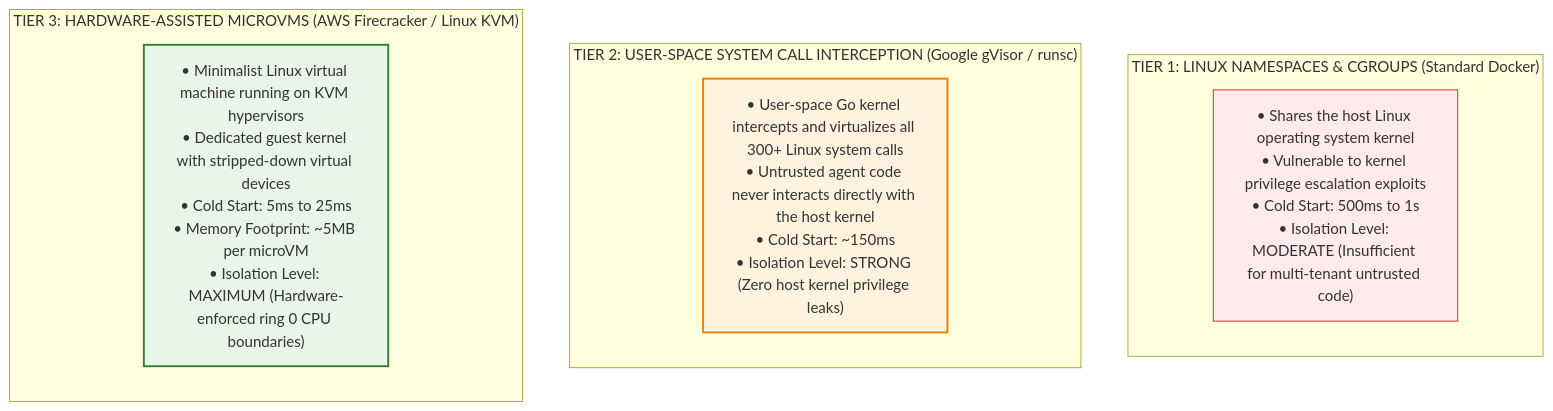
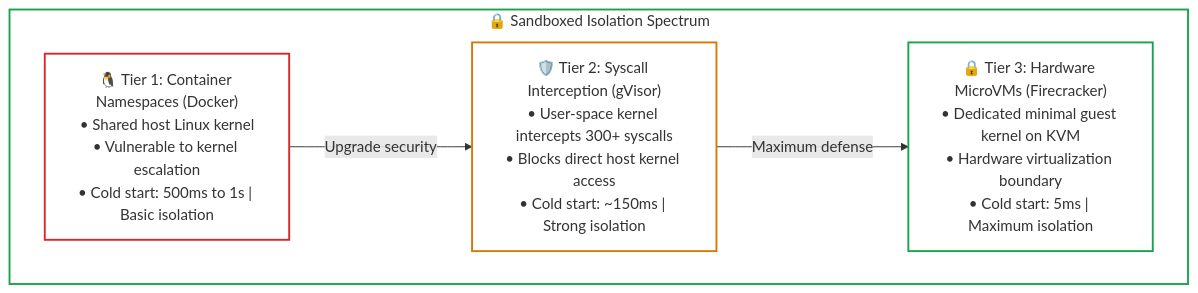
The fourth of 5 diagrams in 04-agentic-systems-and-orchestration/06-codeact-and-sandboxed-execution-runtimes.md (dip4k/senior-engineer-to-ai-engineer-roadmap), drawn with Mermaid before and after one commit. The commit also changed other lines of this file and 94 other files, not shown here.

Commit message:
refactor(curriculum): complete Phase 04 upgrade and enforce diagram renderer invariants

````diff
--- a/04-agentic-systems-and-orchestration/06-codeact-and-sandboxed-execution-runtimes.md
+++ b/04-agentic-systems-and-orchestration/06-codeact-and-sandboxed-execution-runtimes.md
@@ -175,21 +208,18 @@
 ```mermaid
 flowchart TD
-    classDef l1 fill:#ffebee,stroke:#c62828,stroke-width:1px;
-    classDef l2 fill:#fff3e0,stroke:#f57c00,stroke-width:2px;
-    classDef l3 fill:#e8f5e9,stroke:#2e7d32,stroke-width:2px;
+    subgraph IsolationLevels["🔒 Sandboxed Isolation Spectrum"]
+        T1["🐧 Tier 1: Container Namespaces (Docker)<br/>• Shared host Linux kernel<br/>• Vulnerable to kernel escalation<br/>• Cold start: 500ms to 1s | Basic isolation"]
+        
+        T2["🛡️ Tier 2: Syscall Interception (gVisor)<br/>• User-space kernel intercepts 300+ syscalls<br/>• Blocks direct host kernel access<br/>• Cold start: ~150ms | Strong isolation"]
+        
+        T3["🔒 Tier 3: Hardware MicroVMs (Firecracker)<br/>• Dedicated minimal guest kernel on KVM<br/>• Hardware virtualization boundary<br/>• Cold start: 5ms | Maximum isolation"]
 
-    subgraph Level1["TIER 1: LINUX NAMESPACES & CGROUPS (Standard Docker)"]
-        direction TB
-        L1_Desc["• Shares the host Linux operating system kernel\n• Vulnerable to kernel privilege escalation exploits\n• Cold Start: 500ms to 1s\n• Isolation Level: MODERATE (Insufficient for multi-tenant untrusted code)"]:::l1
+        T1 -->|"Upgrade security"| T2
+        T2 -->|"Maximum defense"| T3
     end
 
-    subgraph Level2["TIER 2: USER-SPACE SYSTEM CALL INTERCEPTION (Google gVisor / runsc)"]
-        direction TB
-        L2_Desc["• User-space Go kernel intercepts and virtualizes all 300+ Linux system calls\n• Untrusted agent code never interacts directly with the host kernel\n• Cold Start: ~150ms\n• Isolation Level: STRONG (Zero host kernel privilege leaks)"]:::l2
-    end
-
-    subgraph Level3["TIER 3: HARDWARE-ASSISTED MICROVMS (AWS Firecracker / Linux KVM)"]
-        direction TB
-        L3_Desc["• Minimalist Linux virtual machine running on KVM hypervisors\n• Dedicated guest kernel with stripped-down virtual devices\n• Cold Start: 5ms to 25ms\n• Memory Footprint: ~5MB per microVM\n• Isolation Level: MAXIMUM (Hardware-enforced ring 0 CPU boundaries)"]:::l3
-    end
+    style IsolationLevels fill:none,stroke:#16a34a,stroke-width:2px
+    style T1 stroke:#dc2626,stroke-width:2px,fill:none
+    style T2 stroke:#d97706,stroke-width:2px,fill:none
+    style T3 stroke:#16a34a,stroke-width:2px,fill:none
 ```
````
